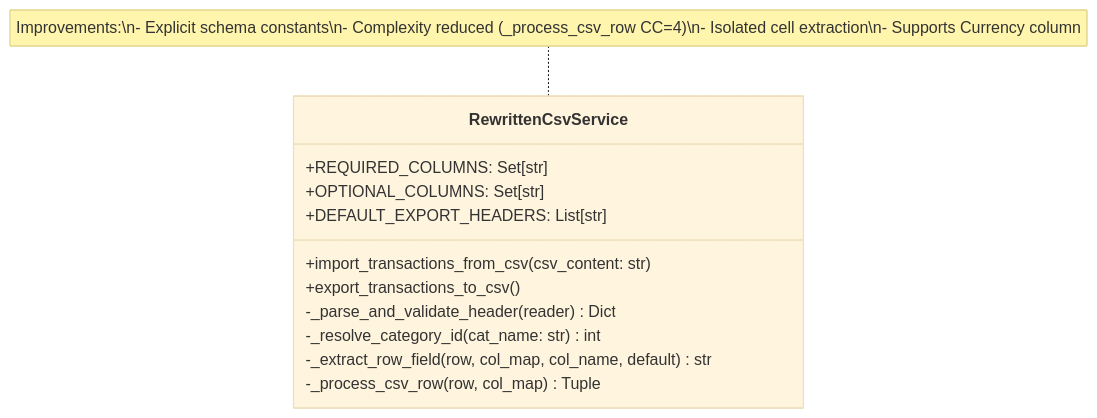
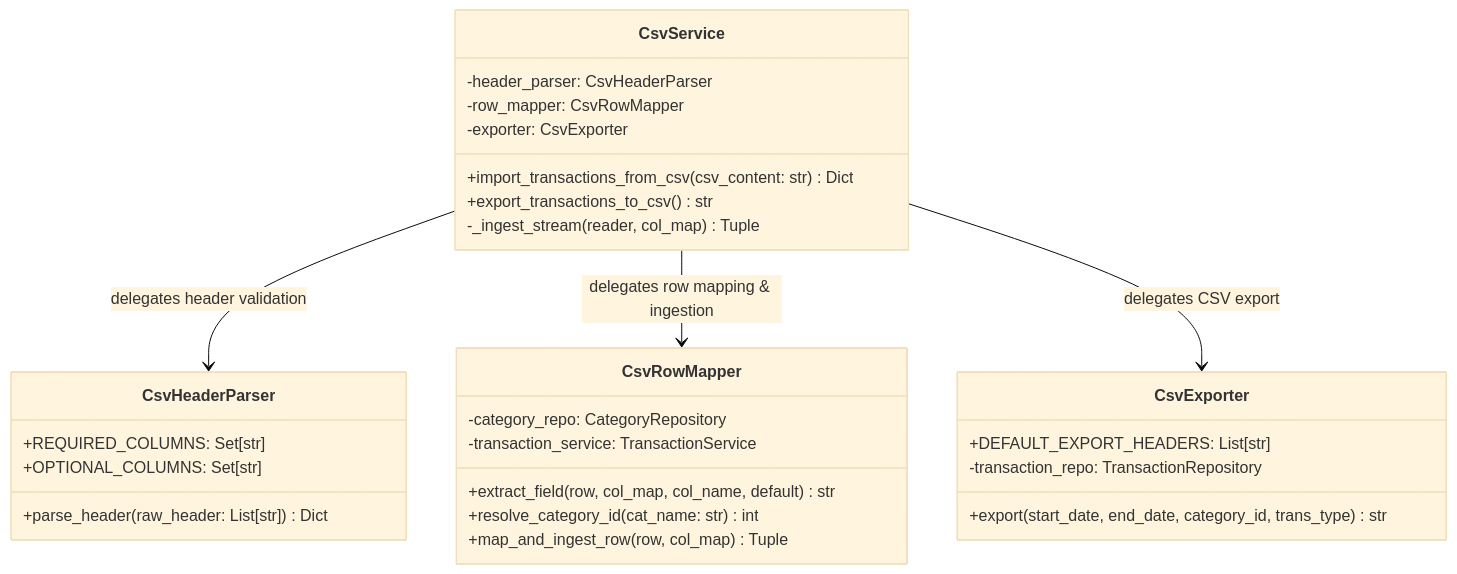
Before and after one commit to AuraHamza/ExpenseMate-Personal-Expense-Manager: the second of 4 diagrams in docs/class_rewrites.md, drawn with Mermaid (base theme). The commit also changed other lines of this file and 5 other files, not shown here.

Commit message:
Fix Part C documentation: correct CC claims, remove unsupported statements, update comparison table and Mermaid diagram

````diff
--- a/docs/class_rewrites.md
+++ b/docs/class_rewrites.md
@@ -23,15 +23,35 @@
 ```mermaid
 classDiagram
-    class RewrittenCsvService {
+    class CsvHeaderParser {
         +REQUIRED_COLUMNS: Set[str]
         +OPTIONAL_COLUMNS: Set[str]
+        +parse_header(raw_header: List[str]) Dict
+    }
+
+    class CsvRowMapper {
+        -category_repo: CategoryRepository
+        -transaction_service: TransactionService
+        +extract_field(row, col_map, col_name, default) str
+        +resolve_category_id(cat_name: str) int
+        +map_and_ingest_row(row, col_map) Tuple
+    }
+
+    class CsvExporter {
         +DEFAULT_EXPORT_HEADERS: List[str]
-        +import_transactions_from_csv(csv_content: str)
-        +export_transactions_to_csv()
-        -_parse_and_validate_header(reader) Dict
-        -_resolve_category_id(cat_name: str) int
-        -_extract_row_field(row, col_map, col_name, default) str
-        -_process_csv_row(row, col_map) Tuple
+        -transaction_repo: TransactionRepository
+        +export(start_date, end_date, category_id, trans_type) str
     }
-    note for RewrittenCsvService "Improvements:\n- Explicit schema constants\n- Complexity reduced (_process_csv_row CC=4)\n- Isolated cell extraction\n- Supports Currency column"
+
+    class CsvService {
+        -header_parser: CsvHeaderParser
+        -row_mapper: CsvRowMapper
+        -exporter: CsvExporter
+        +import_transactions_from_csv(csv_content: str) Dict
+        +export_transactions_to_csv() str
+        -_ingest_stream(reader, col_map) Tuple
+    }
+
+    CsvService --> CsvHeaderParser : delegates header validation
+    CsvService --> CsvRowMapper : delegates row mapping & ingestion
+    CsvService --> CsvExporter : delegates CSV export
 ```
````
